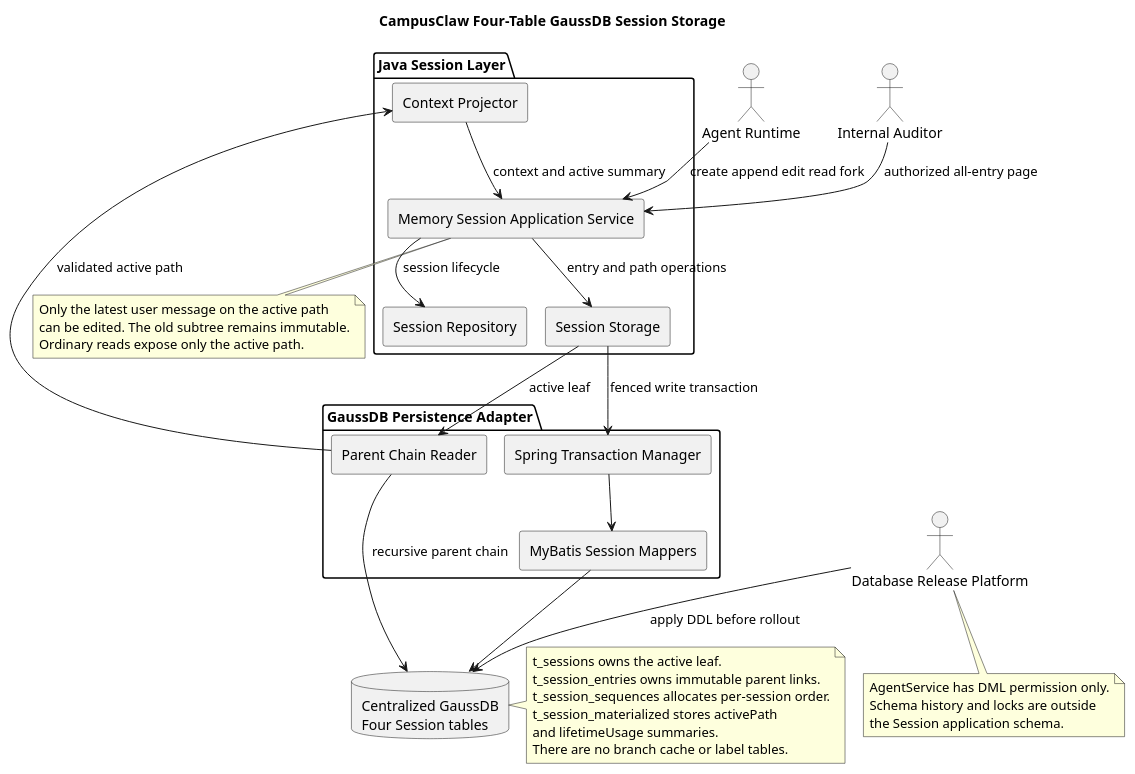
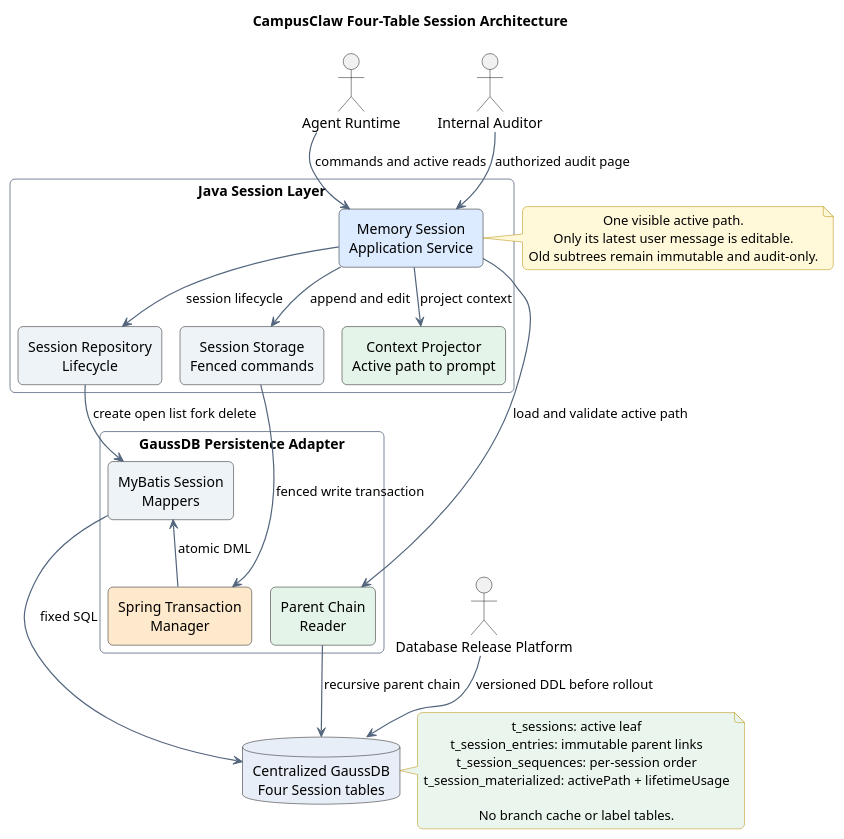
Before and after one commit to ssm0808/pi-mono-java-design: the first of 4 diagrams in diagrams/memory/diagram.puml, drawn with PlantUML. The commit also changed other lines of this file and 8 other files, not shown here.

Commit message:
docs(memory): improve session diagram readability

```diff
--- a/diagrams/memory/diagram.puml
+++ b/diagrams/memory/diagram.puml
@@ -6,75 +6,88 @@
 @startuml memory-architecture
 !pragma layout smetana
-title CampusClaw Four-Table GaussDB Session Storage
+title CampusClaw Four-Table Session Architecture
+top to bottom direction
+
 skinparam backgroundColor #FFFFFF
+skinparam shadowing false
+skinparam roundcorner 10
+skinparam packageStyle rectangle
 skinparam componentStyle rectangle
+skinparam defaultTextAlignment center
+skinparam ArrowColor #53657D
+skinparam ArrowThickness 1.2
+skinparam PackageBorderColor #7A8699
+skinparam NoteBorderColor #B58B00
+skinparam NoteBackgroundColor #FFF8D9
 
 ' Source evidence:
 ' - badlogic/pi-mono@f0deb8dd8e9611e89b5bc4145ca92c03ae6ed4ee
 ' - packages/agent/src/harness/types.ts: SessionStorage
 ' - packages/agent/src/harness/session/repository.ts: SessionRepository
 ' - packages/storage/sqlite-node/src/sqlite/repo.ts: SerialOperationQueue
 ' - packages/storage/sqlite-node/src/sqlite/storage/index.ts: appendEntry
 ' Observed behavior: pi stores parent links, an active leaf, materialized state,
 ' branch caches, and entry materialized labels in a local SQLite backend.
 ' Target-only product constraint: CampusClaw exposes one active path and only
 ' allows editing the latest user message on that path.
 ' Architecture change: centralized GaussDB keeps four tables and reconstructs
 ' the active path from parent_id without branch cache tables.
 ' Concurrency hardening: expected leaf and parent fences protect multi-Pod writes.
-' Design reason: preserve immutable edit history without a general branch UI.
+' Design reason: group command, query, and release flows into readable layers.
 
 actor "Agent Runtime" as runtime
 actor "Internal Auditor" as auditor
 actor "Database Release Platform" as release
 
-package "Java Session Layer" {
-  [Memory Session Application Service] as app
-  [Session Repository] as repository
-  [Session Storage] as storage
-  [Context Projector] as projector
+runtime -[hidden]right- auditor
+
+package "Java Session Layer" as javaLayer {
+  component "Memory Session\nApplication Service" as app #DCEBFF
+  component "Session Repository\nLifecycle" as repository #EEF3F8
+  component "Session Storage\nFenced commands" as storage #EEF3F8
+  component "Context Projector\nActive path to prompt" as projector #E4F4E8
+
+  repository -[hidden]right- storage
+  storage -[hidden]right- projector
+  app --> repository : session lifecycle
+  app --> storage : append and edit
+  app --> projector : project context
 }
 
-package "GaussDB Persistence Adapter" {
-  [Spring Transaction Manager] as tx
-  [MyBatis Session Mappers] as mappers
-  [Parent Chain Reader] as pathReader
+package "GaussDB Persistence Adapter" as adapter {
+  component "MyBatis Session\nMappers" as mappers #EEF3F8
+  component "Spring Transaction\nManager" as tx #FFE9CC
+  component "Parent Chain\nReader" as pathReader #E4F4E8
+
+  mappers -[hidden]right- tx
+  tx -[hidden]right- pathReader
+  tx --> mappers : atomic DML
 }
 
-database "Centralized GaussDB\nFour Session tables" as db
+database "Centralized GaussDB\nFour Session tables" as db #E8EEF7
 
-runtime --> app : create append edit read fork
-app --> repository : session lifecycle
-app --> storage : entry and path operations
+runtime --> app : commands and active reads
+auditor --> app : authorized audit page
+repository --> mappers : create open list fork delete
 storage --> tx : fenced write transaction
-tx --> mappers
-mappers --> db
-storage --> pathReader : active leaf
+app --> pathReader : load and validate active path
+mappers --> db : fixed SQL
 pathReader --> db : recursive parent chain
-pathReader --> projector : validated active path
-projector --> app : context and active summary
-auditor --> app : authorized all-entry page
-release --> db : apply DDL before rollout
+release --> db : versioned DDL before rollout
 
-note right of db
-t_sessions owns the active leaf.
-t_session_entries owns immutable parent links.
-t_session_sequences allocates per-session order.
-t_session_materialized stores activePath
-and lifetimeUsage summaries.
-There are no branch cache or label tables.
+note left of app
+One visible active path.
+Only its latest user message is editable.
+Old subtrees remain immutable and audit-only.
 end note
 
-note bottom of app
-Only the latest user message on the active path
-can be edited. The old subtree remains immutable.
-Ordinary reads expose only the active path.
-end note
+note right of db #EAF6ED
+t_sessions: active leaf
+t_session_entries: immutable parent links
+t_session_sequences: per-session order
+t_session_materialized: activePath + lifetimeUsage
 
-note bottom of release
-AgentService has DML permission only.
-Schema history and locks are outside
-the Session application schema.
+No branch cache or label tables.
 end note
 
 @enduml
```
